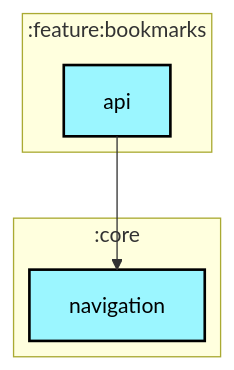
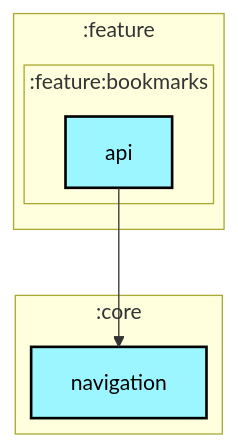
The first of 2 diagrams in feature/bookmarks/api/README.md (android/nowinandroid), drawn with Mermaid before and after one commit. The commit also changed 12 other files, not shown here.

Commit message:
Fix module graph generation.

````diff
--- a/feature/bookmarks/api/README.md
+++ b/feature/bookmarks/api/README.md
@@ -6,26 +6,29 @@
 ```mermaid
 ---
 config:
   layout: elk
   elk:
     nodePlacementStrategy: SIMPLE
 ---
 graph TB
-  subgraph :feature:bookmarks
+  subgraph :feature
     direction TB
-    :feature:bookmarks:api[api]:::android-library
+    subgraph :feature:bookmarks
+      direction TB
+      :feature:bookmarks:api[api]:::android-library
+    end
   end
   subgraph :core
     direction TB
     :core:navigation[navigation]:::android-library
   end
 
   :feature:bookmarks:api --> :core:navigation
 
 classDef android-application fill:#CAFFBF,stroke:#000,stroke-width:2px,color:#000;
 classDef android-feature fill:#FFD6A5,stroke:#000,stroke-width:2px,color:#000;
 classDef android-library fill:#9BF6FF,stroke:#000,stroke-width:2px,color:#000;
 classDef android-test fill:#A0C4FF,stroke:#000,stroke-width:2px,color:#000;
 classDef jvm-library fill:#BDB2FF,stroke:#000,stroke-width:2px,color:#000;
 classDef unknown fill:#FFADAD,stroke:#000,stroke-width:2px,color:#000;
 ```
````
